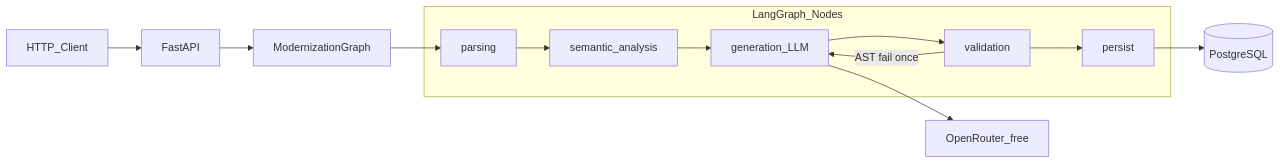
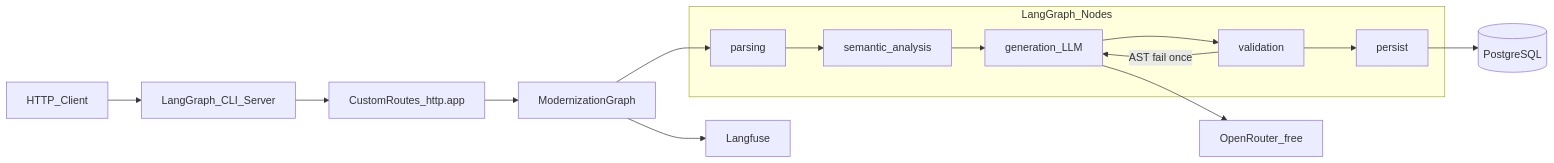
Before and after one commit to m4rkdevbr/F4bioMiranteTeste2026: the diagram in README.md, drawn with Mermaid. The commit also changed other lines of this file and 14 other files, not shown here.

First line of the commit message:
Deliver LangGraph CLI server, Langfuse stack, and evaluation close-out.

````diff
--- a/README.md
+++ b/README.md
@@ -9,17 +9,19 @@
 ```mermaid
 flowchart LR
-  Client[HTTP_Client] --> API[FastAPI]
-  API --> Graph[ModernizationGraph]
+  Client[HTTP_Client] --> CLI[LangGraph_CLI_Server]
+  CLI --> Routes[CustomRoutes_http.app]
+  Routes --> Graph[ModernizationGraph]
   subgraph nodes [LangGraph_Nodes]
     P[parsing]
     S[semantic_analysis]
     G[generation_LLM]
     V[validation]
     Pers[persist]
   end
   Graph --> P --> S --> G --> V
   V -->|AST fail once| G
   V --> Pers
   Pers --> PG[(PostgreSQL)]
   G --> OR[OpenRouter_free]
+  Graph --> LF[Langfuse]
 ```
````
